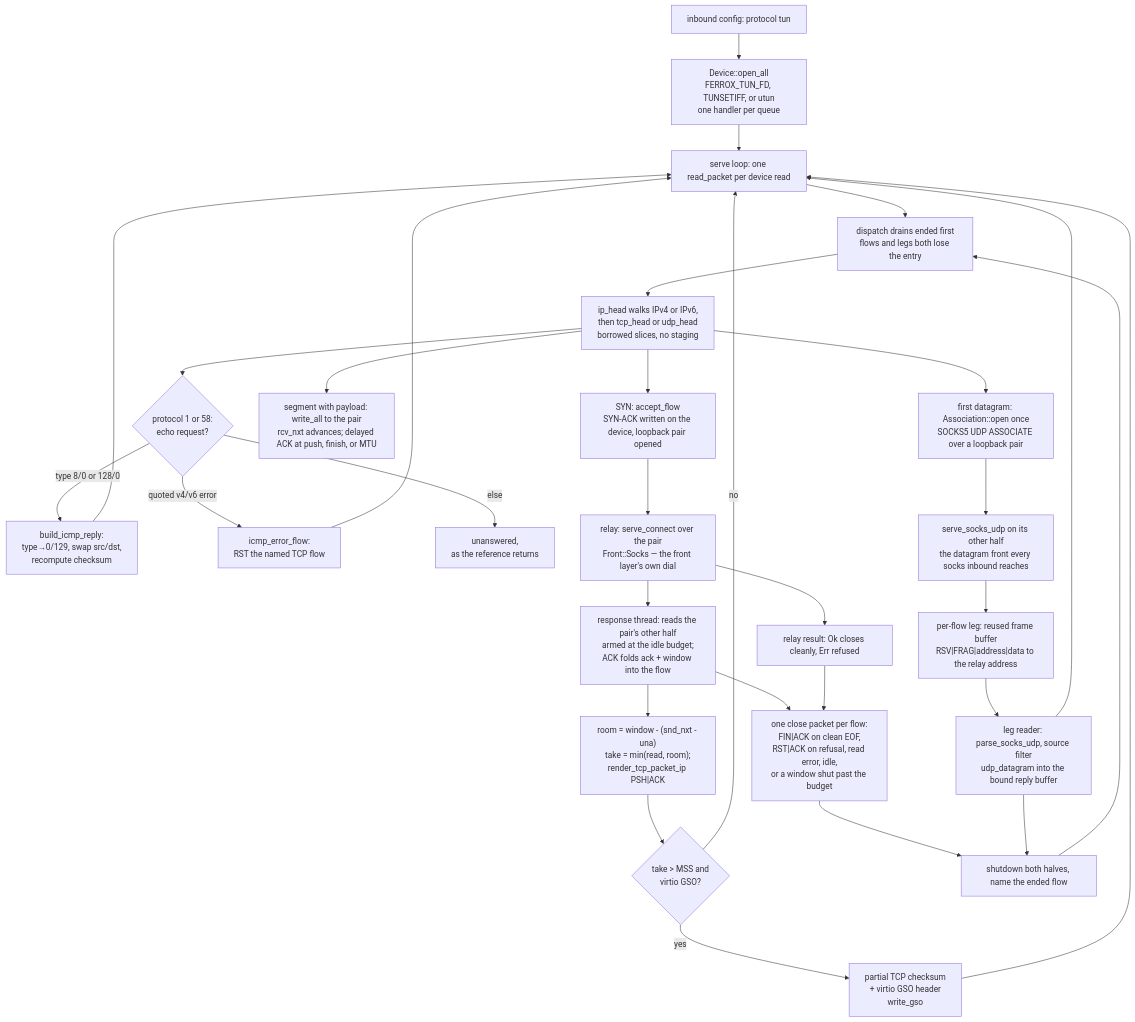
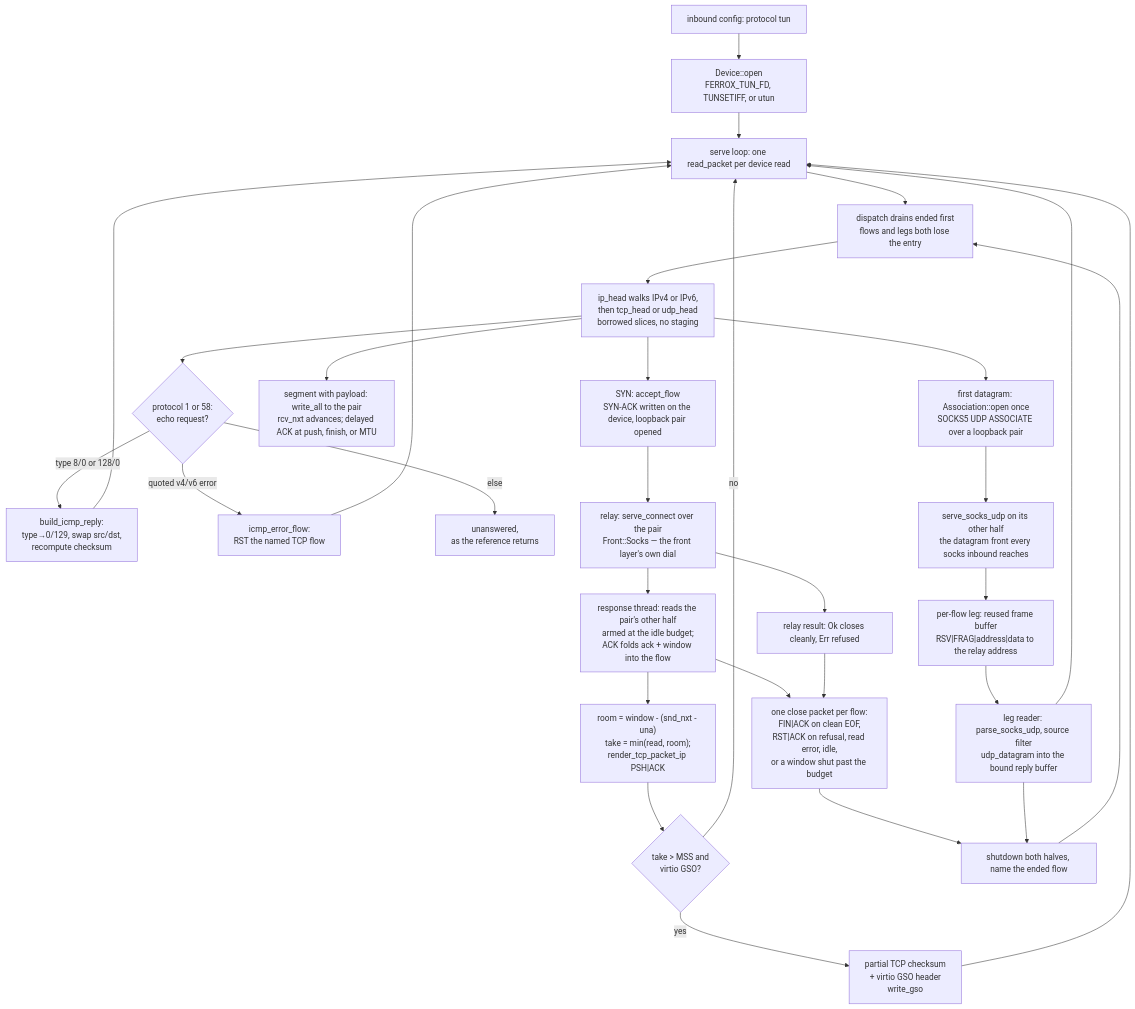
One commit to vpnguyishere/ferrox-plus changed the diagram in docs/function/front-tun.md. Above: the diagram before and after it, drawn with Mermaid. The commit also changed other lines of this file and 3 other files, not shown here.

````diff
--- a/docs/function/front-tun.md
+++ b/docs/function/front-tun.md
@@ -11,33 +11,33 @@
 ```mermaid
 graph TD
-    A["inbound config: protocol tun"] --> B["Device::open_all<br/>FERROX_TUN_FD, TUNSETIFF, or utun<br/>one handler per queue"]
+    A["inbound config: protocol tun"] --> B["Device::open<br/>FERROX_TUN_FD, TUNSETIFF, or utun"]
     B --> C["serve loop: one read_packet per device read"]
     C --> O["dispatch drains ended first<br/>flows and legs both lose the entry"]
     O --> D["ip_head walks IPv4 or IPv6,<br/>then tcp_head or udp_head<br/>borrowed slices, no staging"]
     D --> IC{"protocol 1 or 58:<br/>echo request?"}
     IC -- "type 8/0 or 128/0" --> ICa["build_icmp_reply:<br/>type→0/129, swap src/dst,<br/>recompute checksum"]
     ICa --> C
     IC -- "quoted v4/v6 error" --> ICe["icmp_error_flow:<br/>RST the named TCP flow"]
     ICe --> C
     IC -- "else" --> ICx["unanswered,<br/>as the reference returns"]
     D --> E["SYN: accept_flow<br/>SYN-ACK written on the device, loopback pair opened"]
     E --> F["relay: serve_connect over the pair<br/>Front::Socks — the front layer's own dial"]
     D --> G["segment with payload: write_all to the pair<br/>rcv_nxt advances; delayed ACK at push, finish, or MTU"]
     F --> H["response thread: reads the pair's other half<br/>armed at the idle budget;<br/>ACK folds ack + window into the flow"]
     F --> HC["relay result: Ok closes cleanly, Err refused"]
     H --> I["room = window - (snd_nxt - una)<br/>take = min(read, room);<br/>render_tcp_packet_ip PSH|ACK"]
     I --> IG{"take > MSS and<br/>virtio GSO?"}
     IG -- "yes" --> IGa["partial TCP checksum<br/>+ virtio GSO header<br/>write_gso"]
     IG -- "no" --> C
     IGa --> C
     H --> HF["one close packet per flow:<br/>FIN|ACK on clean EOF,<br/>RST|ACK on refusal, read error, idle,<br/>or a window shut past the budget"]
     HC --> HF
     D --> J["first datagram: Association::open once<br/>SOCKS5 UDP ASSOCIATE over a loopback pair"]
     J --> K["serve_socks_udp on its other half<br/>the datagram front every socks inbound reaches"]
     K --> L["per-flow leg: reused frame buffer<br/>RSV|FRAG|address|data to the relay address"]
     L --> M["leg reader: parse_socks_udp, source filter<br/>udp_datagram into the bound reply buffer"]
     M --> C
     HF --> N["shutdown both halves, name the ended flow"]
     M --> N
     N --> O
 ```
````
